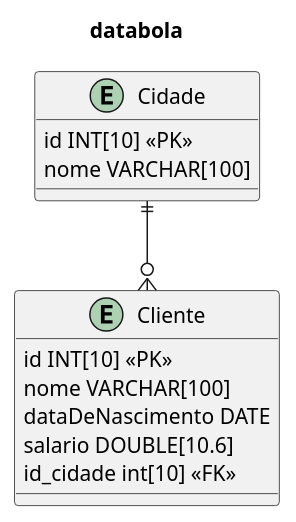
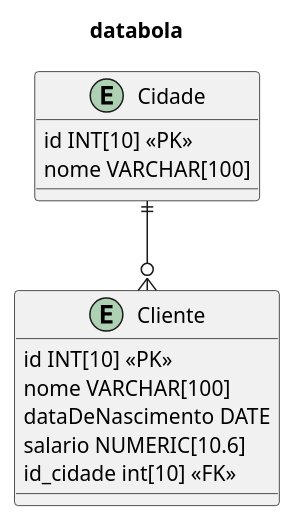
One commit to galaticghost/guieq.klarrind changed the diagram in Modelagem/databola.wsd. Above: the diagram before and after it, drawn with PlantUML. The commit also changed 11 other files, not shown here.

```diff
--- a/Modelagem/databola.wsd
+++ b/Modelagem/databola.wsd
@@ -1,19 +1,19 @@
 @startuml databola
 title databola
 
 entity Cidade{
 id INT[10] <<PK>>
 nome VARCHAR[100]
 }
 
 entity Cliente{
 id INT[10] <<PK>>
 nome VARCHAR[100]
 dataDeNascimento DATE 
-salario DOUBLE[10.6]
+salario NUMERIC[10.6]
 id_cidade int[10] <<FK>>
 }
 
 Cidade ||--o{ Cliente
 
 @enduml
```
